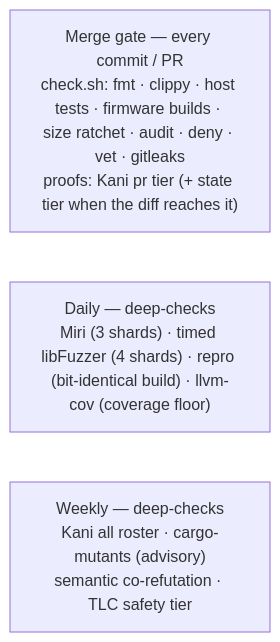
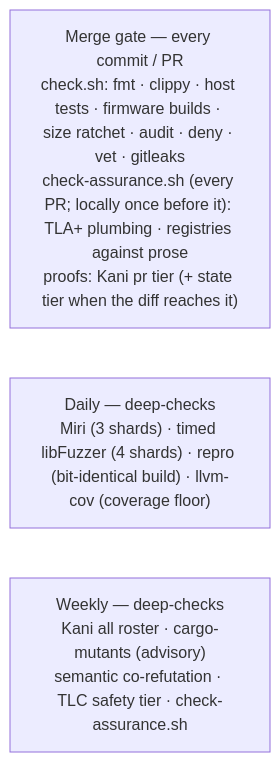
Before and after one commit to TheMaxMur/RS-Key: the second of 2 diagrams in docs/testing.md, drawn with Mermaid. The commit also changed other lines of this file and 72 other files, not shown here.

````diff
--- a/docs/testing.md
+++ b/docs/testing.md
@@ -1082,7 +1095,7 @@
 ```mermaid
 flowchart TB
-    a["Merge gate — every commit / PR<br/>check.sh: fmt · clippy · host tests · firmware builds · size ratchet · audit · deny · vet · gitleaks<br/>proofs: Kani pr tier (+ state tier when the diff reaches it)"]
+    a["Merge gate — every commit / PR<br/>check.sh: fmt · clippy · host tests · firmware builds · size ratchet · audit · deny · vet · gitleaks<br/>check-assurance.sh (every PR; locally once before it): TLA+ plumbing · registries against prose<br/>proofs: Kani pr tier (+ state tier when the diff reaches it)"]
     b["Daily — deep-checks<br/>Miri (3 shards) · timed libFuzzer (4 shards) · repro (bit-identical build) · llvm-cov (coverage floor)"]
-    c["Weekly — deep-checks<br/>Kani all roster · cargo-mutants (advisory)<br/>semantic co-refutation · TLC safety tier"]
+    c["Weekly — deep-checks<br/>Kani all roster · cargo-mutants (advisory)<br/>semantic co-refutation · TLC safety tier · check-assurance.sh"]
     a ~~~ b ~~~ c
 ```
````
